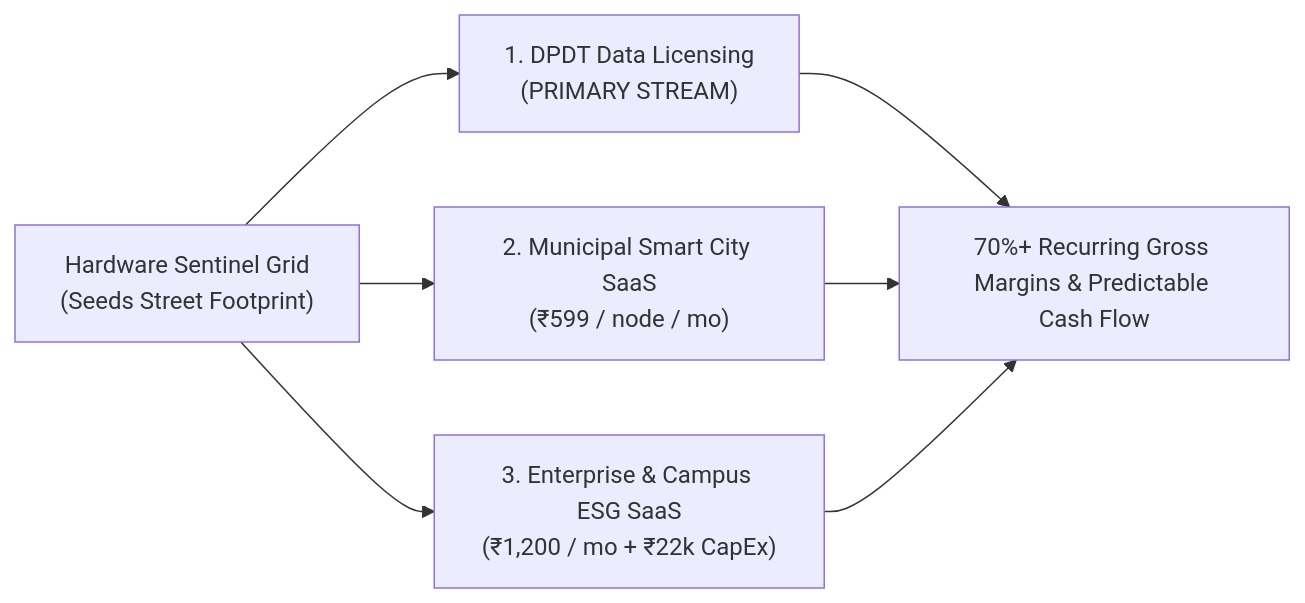
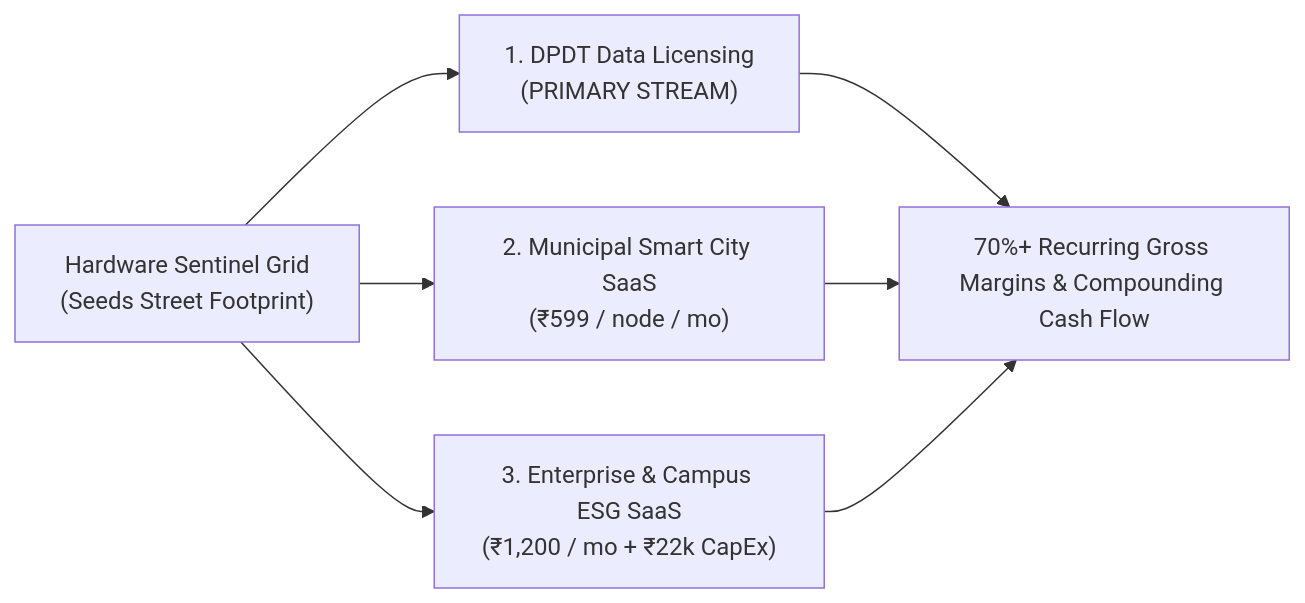
The diagram in docs/BUSINESS_MODEL_AND_SCALING.md (pranav520214/Eco-Guardian-Sentinel), drawn with Mermaid before and after one commit. The commit also changed other lines of this file and 12 other files, not shown here.

Commit message:
refactor: eliminate all code files; enrich repo with sacred Vedic Sanskrit shlokas and beautiful architectural prose

````diff
--- a/docs/BUSINESS_MODEL_AND_SCALING.md
+++ b/docs/BUSINESS_MODEL_AND_SCALING.md
@@ -13,10 +18,10 @@
 ```mermaid
 graph LR
     HW["Hardware Sentinel Grid<br/>(Seeds Street Footprint)"] --> DPDT_DATA["1. DPDT Data Licensing<br/>(PRIMARY STREAM)"]
     HW --> MUNI_SAAS["2. Municipal Smart City SaaS<br/>(₹599 / node / mo)"]
     HW --> ENT_SAAS["3. Enterprise & Campus ESG SaaS<br/>(₹1,200 / mo + ₹22k CapEx)"]
     
-    DPDT_DATA --> HIGH_MARGIN["70%+ Recurring Gross Margins & Predictable Cash Flow"]
+    DPDT_DATA --> HIGH_MARGIN["70%+ Recurring Gross Margins & Compounding Cash Flow"]
     MUNI_SAAS --> HIGH_MARGIN
     ENT_SAAS --> HIGH_MARGIN
 ```
````
